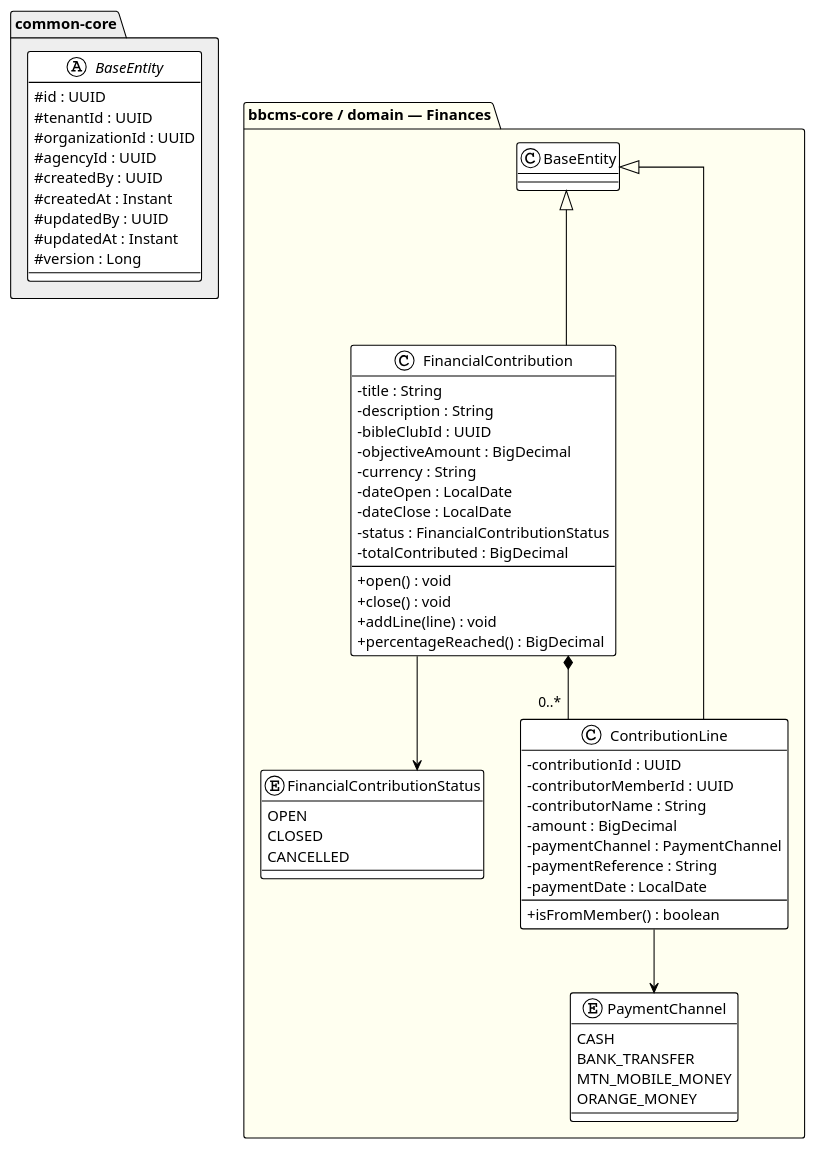
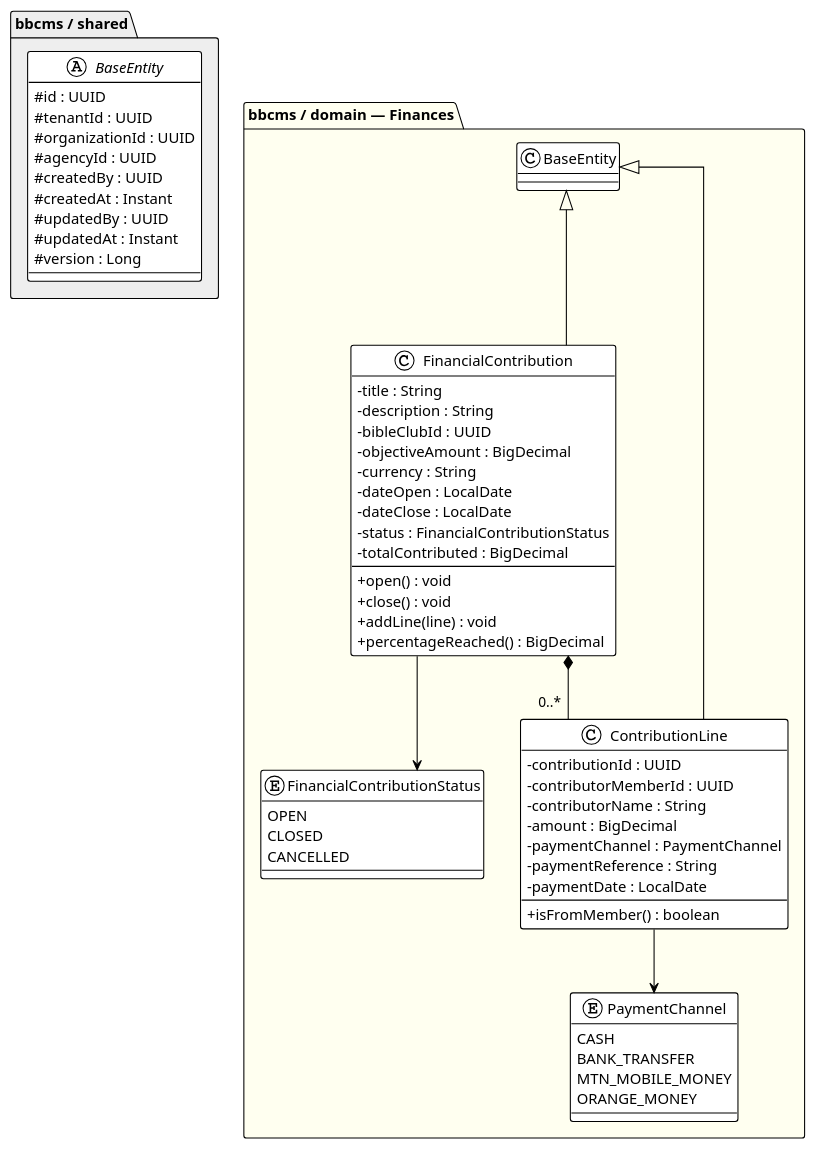
The diagram in bbcms/diagrams/dc-finance.puml (TF-Jordan/CairTech), drawn with PlantUML before and after one commit. The commit also changed 34 other files, not shown here.

```diff
--- a/bbcms/diagrams/dc-finance.puml
+++ b/bbcms/diagrams/dc-finance.puml
@@ -1,67 +1,67 @@
 @startuml dc-finance
 !theme plain
 skinparam classAttributeIconSize 0
 skinparam linetype ortho
 
-package "common-core" #EEEEEE {
+package "bbcms / shared" #EEEEEE {
     abstract class BaseEntity {
         # id : UUID
         # tenantId : UUID
         # organizationId : UUID
         # agencyId : UUID
         # createdBy : UUID
         # createdAt : Instant
         # updatedBy : UUID
         # updatedAt : Instant
         # version : Long
     }
 }
 
-package "bbcms-core / domain — Finances" #FFFFF0 {
+package "bbcms / domain — Finances" #FFFFF0 {
 
     class FinancialContribution extends BaseEntity {
         - title : String
         - description : String
         - bibleClubId : UUID
         - objectiveAmount : BigDecimal
         - currency : String
         - dateOpen : LocalDate
         - dateClose : LocalDate
         - status : FinancialContributionStatus
         - totalContributed : BigDecimal
         + open() : void
         + close() : void
         + addLine(line) : void
         + percentageReached() : BigDecimal
     }
 
     class ContributionLine extends BaseEntity {
         - contributionId : UUID
         - contributorMemberId : UUID
         - contributorName : String
         - amount : BigDecimal
         - paymentChannel : PaymentChannel
         - paymentReference : String
         - paymentDate : LocalDate
         + isFromMember() : boolean
     }
 
     enum FinancialContributionStatus {
         OPEN
         CLOSED
         CANCELLED
     }
 
     enum PaymentChannel {
         CASH
         BANK_TRANSFER
         MTN_MOBILE_MONEY
         ORANGE_MONEY
     }
 
     FinancialContribution *-- "0..*" ContributionLine
     FinancialContribution --> FinancialContributionStatus
     ContributionLine --> PaymentChannel
 }
 
 @enduml
```
